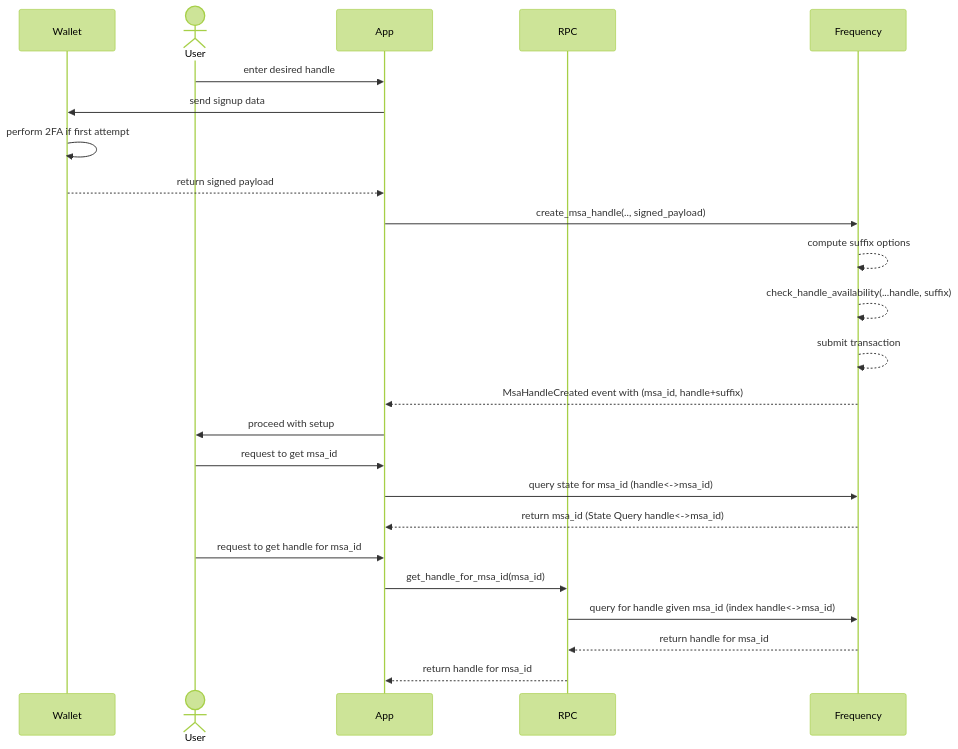
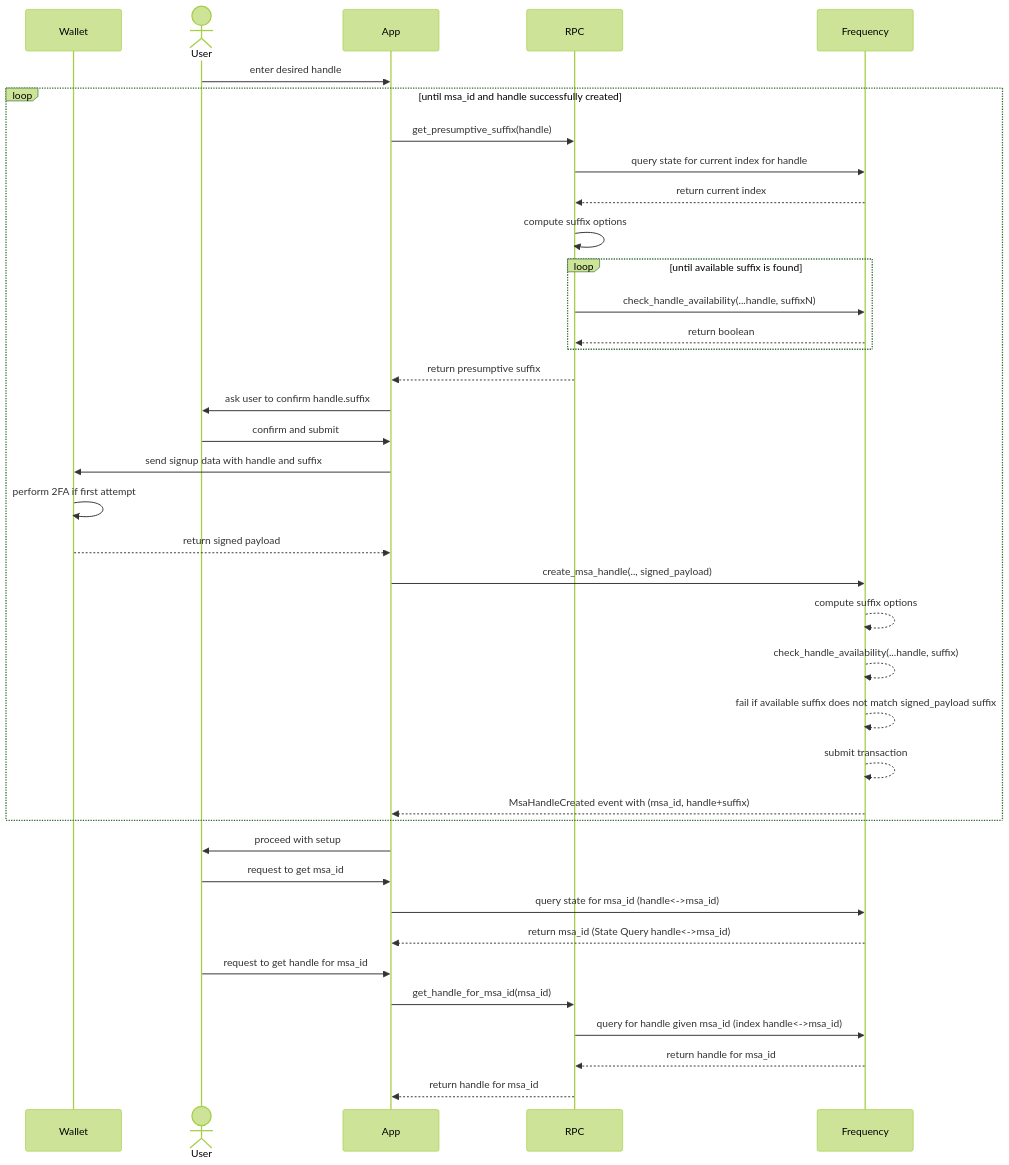
One commit to frequency-chain/frequency changed the first of 2 diagrams in designdocs/user-handles.md. Above: the diagram before and after it, drawn with Mermaid (forest theme).

Commit message:
Update user-handles.md
Added preview of presumptive suffix to the interaction diagram.

````diff
--- a/designdocs/user-handles.md
+++ b/designdocs/user-handles.md
@@ -68,26 +68,40 @@
 ```mermaid
 sequenceDiagram
     participant Wallet
     actor User
     participant App
     participant RPC
     participant Frequency
     User->>App: enter desired handle
-    App->>Wallet: send signup data
-    Wallet->>Wallet: perform 2FA if first attempt
-    Wallet-->>App: return signed payload
-    App->>Frequency: create_msa_handle(.., signed_payload)
-    Frequency-->>Frequency: compute suffix options
-    Frequency-->>Frequency: check_handle_availability(...handle, suffix)
-    Frequency-->>Frequency: submit transaction
-    Frequency-->>App: MsaHandleCreated event with (msa_id, handle+suffix) 
+    loop until msa_id and handle successfully created
+        App->>RPC: get_presumptive_suffix(handle)
+        RPC->>Frequency: query state for current index for handle
+        Frequency-->>RPC: return current index
+        RPC->>RPC: compute suffix options
+        loop until available suffix is found
+            RPC->>Frequency: check_handle_availability(...handle, suffixN)
+            Frequency-->>RPC: return boolean
+        end
+        RPC-->>App: return presumptive suffix
+        App->>User: ask user to confirm handle.suffix
+        User->>App: confirm and submit
+        App->>Wallet: send signup data with handle and suffix
+        Wallet->>Wallet: perform 2FA if first attempt
+        Wallet-->>App: return signed payload
+        App->>Frequency: create_msa_handle(.., signed_payload)
+        Frequency-->>Frequency: compute suffix options
+        Frequency-->>Frequency: check_handle_availability(...handle, suffix)
+        Frequency-->>Frequency: fail if available suffix does not match signed_payload suffix
+        Frequency-->>Frequency: submit transaction
+        Frequency-->>App: MsaHandleCreated event with (msa_id, handle+suffix)
+    end
     App->>User: proceed with setup
     User->>App: request to get msa_id
     App->>Frequency: query state for msa_id (handle<->msa_id)
     Frequency-->>App: return msa_id (State Query handle<->msa_id)
     User->>App: request to get handle for msa_id
     App->>RPC: get_handle_for_msa_id(msa_id)
     RPC->>Frequency: query for handle given msa_id (index handle<->msa_id)
     Frequency-->>RPC: return handle for msa_id
     RPC-->>App: return handle for msa_id
 ```
````
